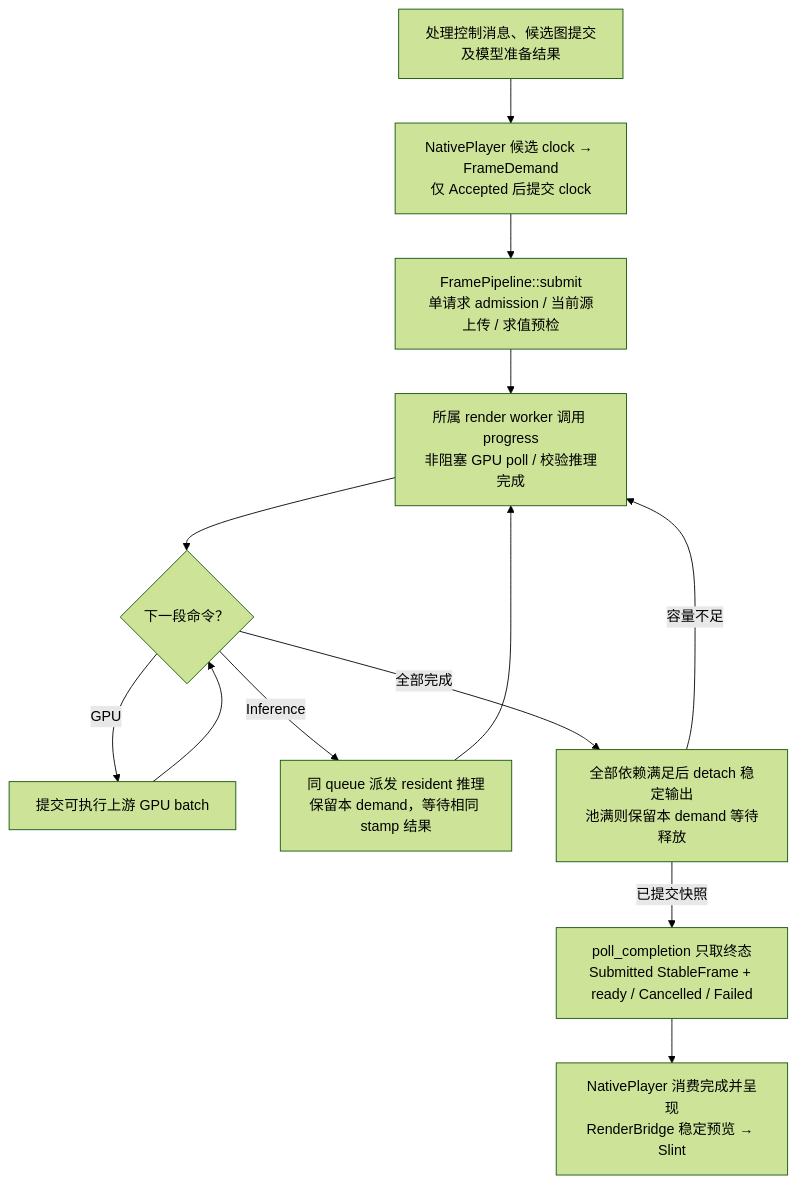
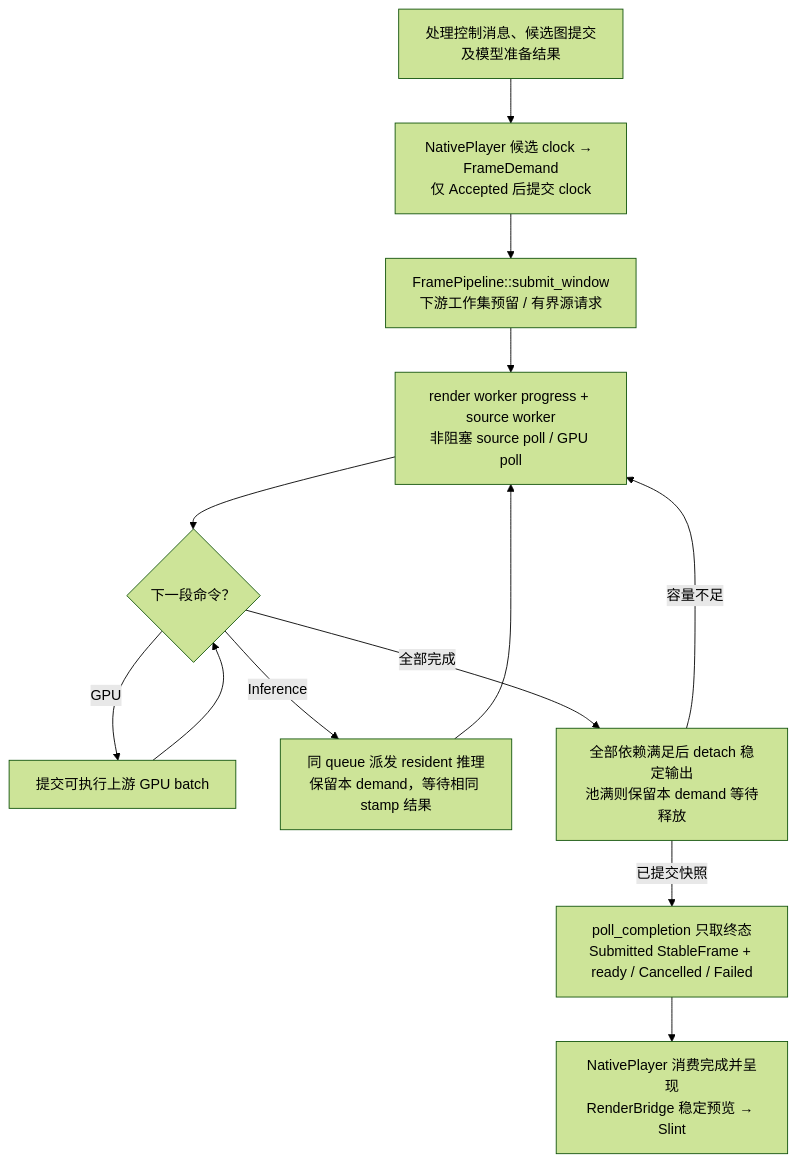
Before and after one commit to sanitor/open_quartz: the fourth of 6 diagrams in docs/DESIGN.md, drawn with Mermaid (forest theme). The commit also changed other lines of this file and 44 other files, not shown here.

Commit message:
feat(execution): add bounded prefetch and cross-stage flow control

````diff
--- a/docs/DESIGN.md
+++ b/docs/DESIGN.md
@@ -163,20 +163,20 @@
 ```mermaid
 flowchart TD
     CTRL["处理控制消息、候选图提交<br/>及模型准备结果"]
     HOST["NativePlayer 候选 clock → FrameDemand<br/>仅 Accepted 后提交 clock"]
-    ADMIT["FramePipeline::submit<br/>单请求 admission / 当前源上传 / 求值预检"]
-    PROGRESS["所属 render worker 调用 progress<br/>非阻塞 GPU poll / 校验推理完成"]
+    ADMIT["FramePipeline::submit_window<br/>下游工作集预留 / 有界源请求"]
+    PROGRESS["render worker progress + source worker<br/>非阻塞 source poll / GPU poll"]
     WORK{"下一段命令？"}
     GPU["提交可执行上游 GPU batch"]
     INFER["同 queue 派发 resident 推理<br/>保留本 demand，等待相同 stamp 结果"]
     SNAP["全部依赖满足后 detach 稳定输出<br/>池满则保留本 demand 等待释放"]
     DONE["poll_completion 只取终态<br/>Submitted StableFrame + ready / Cancelled / Failed"]
     PRESENT["NativePlayer 消费完成并呈现<br/>RenderBridge 稳定预览 → Slint"]
 
     CTRL --> HOST --> ADMIT --> PROGRESS --> WORK
     WORK -->|GPU| GPU --> WORK
     WORK -->|Inference| INFER --> PROGRESS
     WORK -->|全部完成| SNAP
     SNAP -->|容量不足| PROGRESS
     SNAP -->|已提交快照| DONE --> PRESENT
 ```
````
